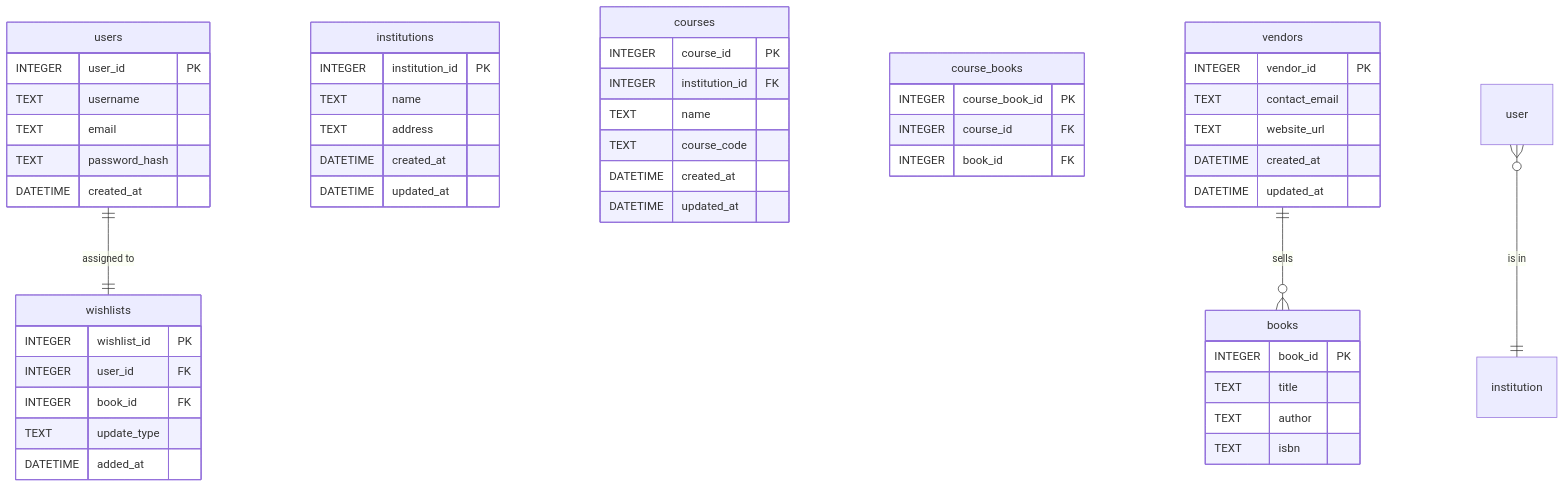
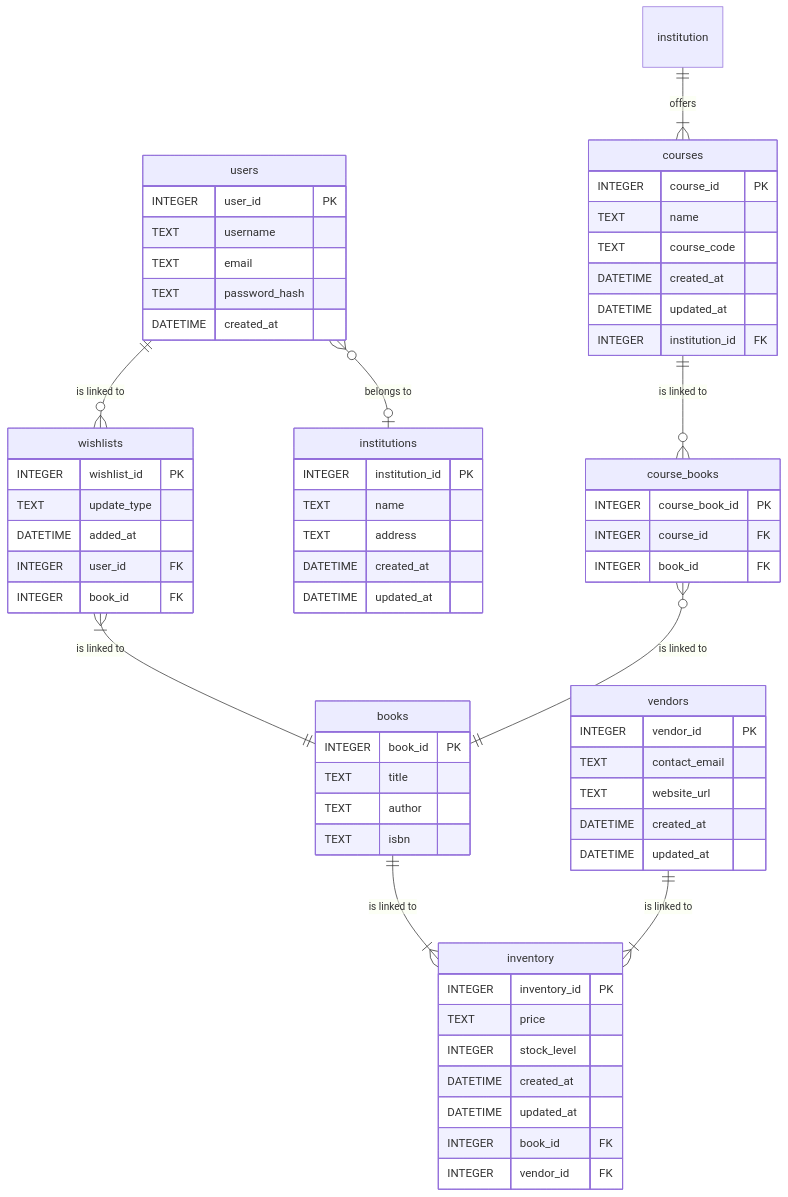
The diagram in readMe.md (kaylinvdw/Group20), drawn with Mermaid before and after one commit. The commit also changed other lines of this file, not shown here.

Commit message:
create relationships in the ERD

````diff
--- a/readMe.md
+++ b/readMe.md
@@ -28,60 +28,75 @@
 ```mermaid
 erDiagram
     users {
         INTEGER user_id PK
         TEXT username
         TEXT email
         TEXT password_hash
         DATETIME created_at
     }
     
     books {
         INTEGER book_id PK
         TEXT title
         TEXT author
         TEXT isbn
     }
     
     wishlists {
         INTEGER wishlist_id PK
+        TEXT update_type
+        DATETIME added_at
         INTEGER user_id FK
         INTEGER book_id FK
-        TEXT update_type
-        DATETIME added_at
     }
     
     institutions {
         INTEGER institution_id PK
         TEXT name
         TEXT address
         DATETIME created_at
         DATETIME updated_at
     }
 
     courses {
         INTEGER course_id PK
-        INTEGER institution_id FK
         TEXT name
         TEXT course_code
         DATETIME created_at
         DATETIME updated_at
+        INTEGER institution_id FK
     }
 
     course_books {
         INTEGER course_book_id PK
         INTEGER course_id FK
         INTEGER book_id FK
     }
 
     vendors {
         INTEGER vendor_id PK
         TEXT contact_email
         TEXT website_url
         DATETIME created_at
         DATETIME updated_at
     }
 
-    users ||--|| wishlists : "assigned to"
-    user o{--|| institution : "is in"
-    vendors ||--o{ books : "sells"
+    inventory {
+        INTEGER inventory_id PK
+        TEXT price
+        INTEGER stock_level
+        DATETIME created_at
+        DATETIME updated_at
+        INTEGER book_id FK
+        INTEGER vendor_id FK
+    }
+
+    users o{--o| institutions: "belongs to"
+    users ||--o{ wishlists: "is linked to"
+    wishlists |{--|| books: "is linked to"
+    institution ||--|{ courses: "offers"
+    courses ||--o{ course_books: "is linked to"
+    course_books o{--|| books: "is linked to"
+    books ||--|{ inventory: "is linked to"
+    vendors ||--|{ inventory: "is linked to"
 ```
````
